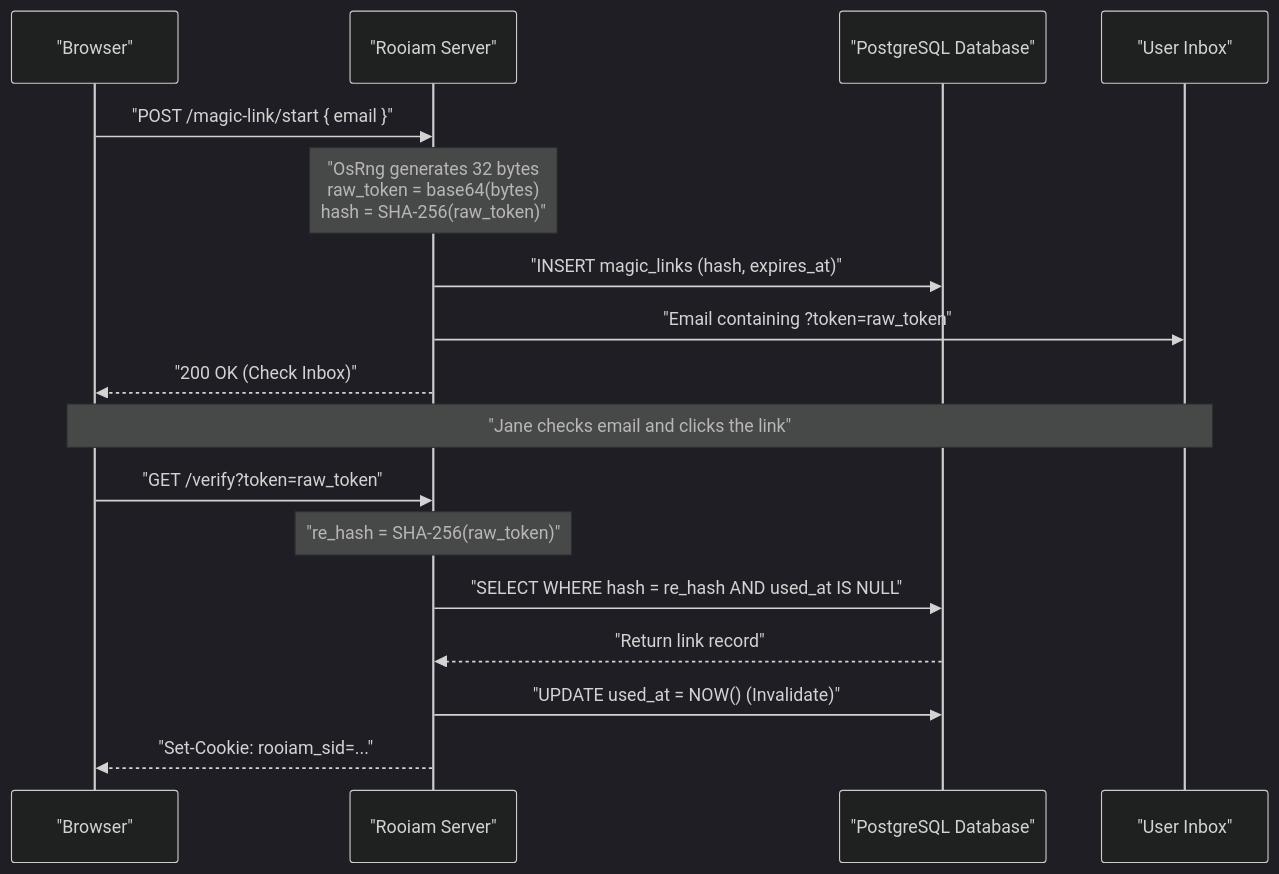
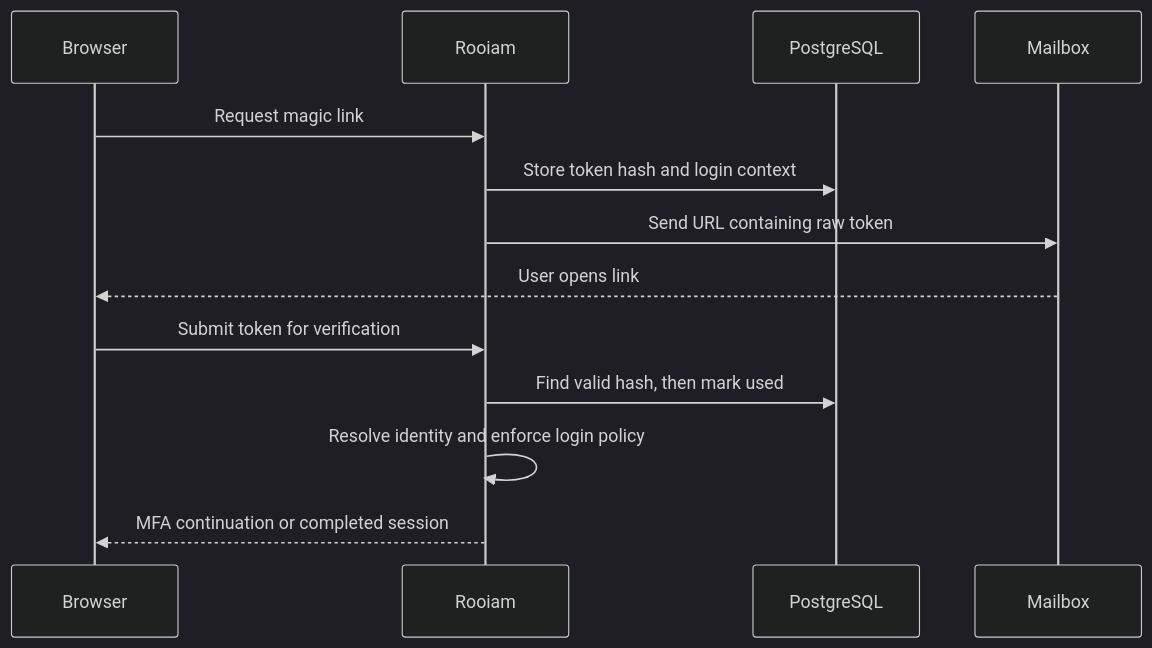
Before and after one commit to theparitt/rooiam: the diagram in rooiam-book/chapter-02-magic-link-authentication.md, drawn with Mermaid (dark theme). The commit also changed other lines of this file and 68 other files, not shown here.

````diff
--- a/rooiam-book/chapter-02-magic-link-authentication.md
+++ b/rooiam-book/chapter-02-magic-link-authentication.md
@@ -224,26 +15,15 @@
 ```mermaid
 sequenceDiagram
-    participant B as "Browser"
-    participant S as "Rooiam Server"
-    participant DB as "PostgreSQL Database"
-    participant E as "User Inbox"
-    
-    B->>S: "POST /magic-link/start { email }"
-    
-    Note over S: "OsRng generates 32 bytes<br/>raw_token = base64(bytes)<br/>hash = SHA-256(raw_token)"
-    
-    S->>DB: "INSERT magic_links (hash, expires_at)"
-    S->>E: "Email containing ?token=raw_token"
-    S-->>B: "200 OK (Check Inbox)"
-    
-    Note over B,E: "Jane checks email and clicks the link"
-    
-    B->>S: "GET /verify?token=raw_token"
-    
-    Note over S: "re_hash = SHA-256(raw_token)"
-    
-    S->>DB: "SELECT WHERE hash = re_hash AND used_at IS NULL"
-    DB-->>S: "Return link record"
-    S->>DB: "UPDATE used_at = NOW() (Invalidate)"
-    S-->>B: "Set-Cookie: rooiam_sid=..."
+    participant B as Browser
+    participant S as Rooiam
+    participant D as PostgreSQL
+    participant M as Mailbox
+    B->>S: Request magic link
+    S->>D: Store token hash and login context
+    S->>M: Send URL containing raw token
+    M-->>B: User opens link
+    B->>S: Submit token for verification
+    S->>D: Find valid hash, then mark used
+    S->>S: Resolve identity and enforce login policy
+    S-->>B: MFA continuation or completed session
 ```
````
